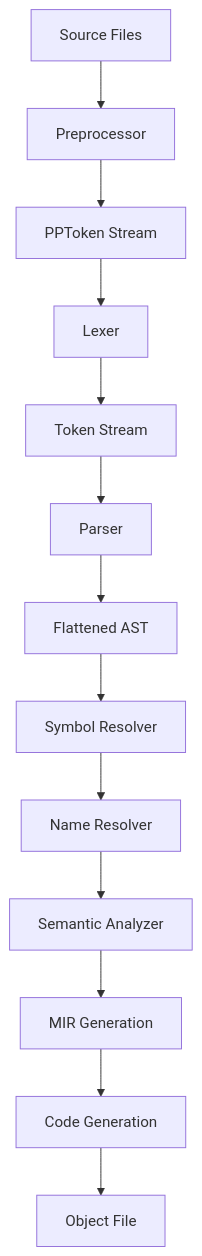
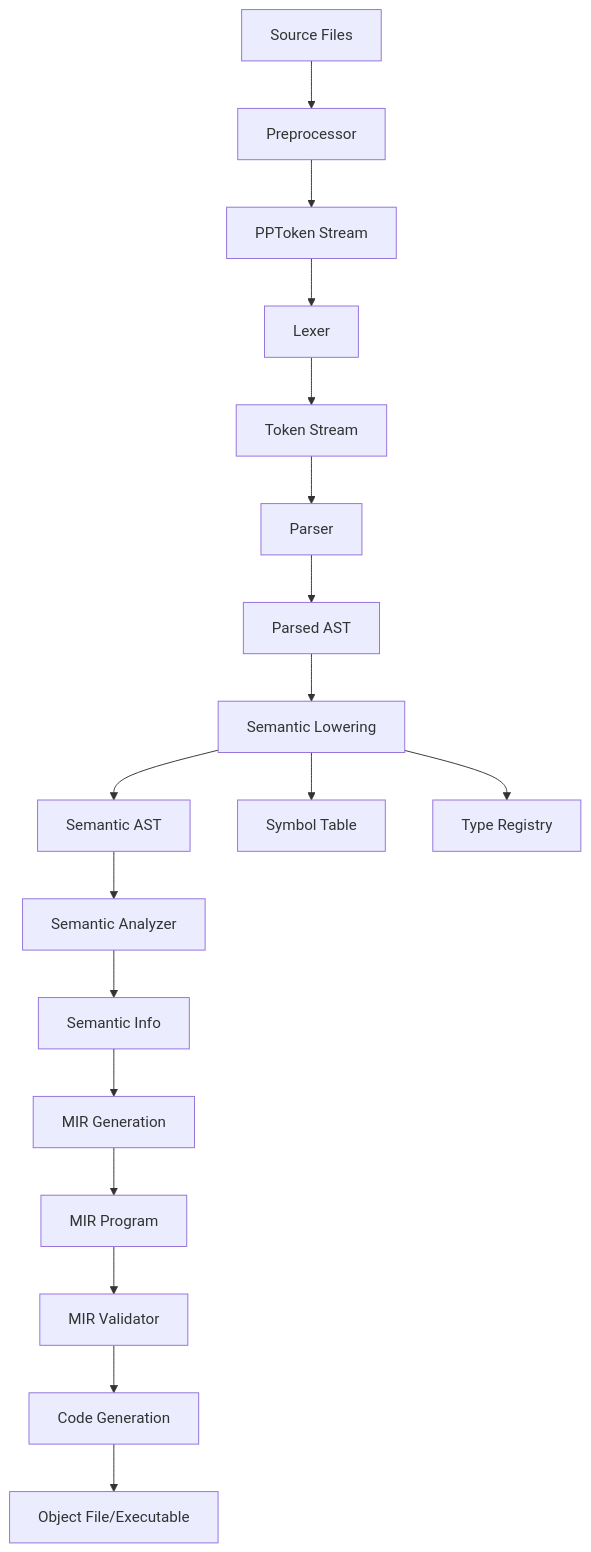
One commit to bungcip/cendol changed the diagram in design-document/main.md. Above: the diagram before and after it, drawn with Mermaid. The commit also changed other lines of this file and 8 other files, not shown here.

````diff
--- a/design-document/main.md
+++ b/design-document/main.md
@@ -33,15 +33,20 @@
 ```mermaid
 graph TD
     Source[Source Files] --> Preprocessor
     Preprocessor --> PPTokenStream[PPToken Stream]
     PPTokenStream --> Lexer
     Lexer --> TokenStream[Token Stream]
     TokenStream --> Parser
-    Parser --> FlattenedAST[Flattened AST]
-    FlattenedAST --> SymbolResolver[Symbol Resolver]
-    SymbolResolver --> NameResolver[Name Resolver]
-    NameResolver --> SemanticAnalyzer[Semantic Analyzer]
-    SemanticAnalyzer --> MIRGen[MIR Generation]
-    MIRGen --> CodeGen[Code Generation]
-    CodeGen --> ObjectFile[Object File]
+    Parser --> ParsedAST[Parsed AST]
+    ParsedAST --> SemanticLowering[Semantic Lowering]
+    SemanticLowering --> Ast[Semantic AST]
+    SemanticLowering --> SymbolTable[Symbol Table]
+    SemanticLowering --> TypeRegistry[Type Registry]
+    Ast --> SemanticAnalyzer[Semantic Analyzer]
+    SemanticAnalyzer --> SemanticInfo[Semantic Info]
+    SemanticInfo --> MIRGen[MIR Generation]
+    MIRGen --> MIR[MIR Program]
+    MIR --> MIRValidator[MIR Validator]
+    MIRValidator --> CodeGen[Code Generation]
+    CodeGen --> ObjectFile[Object File/Executable]
 ```
````
